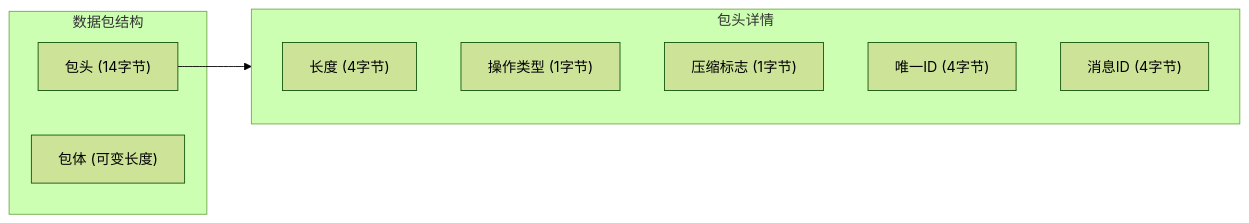
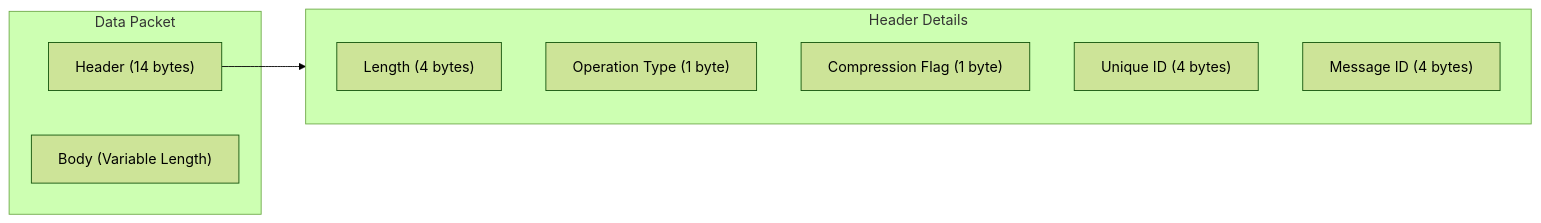
Before and after one commit to AlianBlank/GameFrameX.Docs: the third of 3 diagrams in docs/en/client/unity/component/network/03.getting-started.md, drawn with Mermaid (forest theme). The commit also changed other lines of this file and 242 other files, not shown here.

````diff
--- a/docs/en/client/unity/component/network/03.getting-started.md
+++ b/docs/en/client/unity/component/network/03.getting-started.md
@@ -525,17 +525,17 @@
 ```mermaid
 flowchart LR
-    subgraph Packet["数据包结构"]
-        Header["包头 (14字节)"]
-        Body["包体 (可变长度)"]
+    subgraph Packet["Data Packet"]
+        Header["Header (14 bytes)"]
+        Body["Body (Variable Length)"]
     end
 
-    subgraph HeaderDetails["包头详情"]
-        H1["长度 (4字节)"]
-        H2["操作类型 (1字节)"]
-        H3["压缩标志 (1字节)"]
-        H4["唯一ID (4字节)"]
-        H5["消息ID (4字节)"]
+    subgraph HeaderDetails["Header Details"]
+        H1["Length (4 bytes)"]
+        H2["Operation Type (1 byte)"]
+        H3["Compression Flag (1 byte)"]
+        H4["Unique ID (4 bytes)"]
+        H5["Message ID (4 bytes)"]
     end
 
     Header --> HeaderDetails
 ```
````
